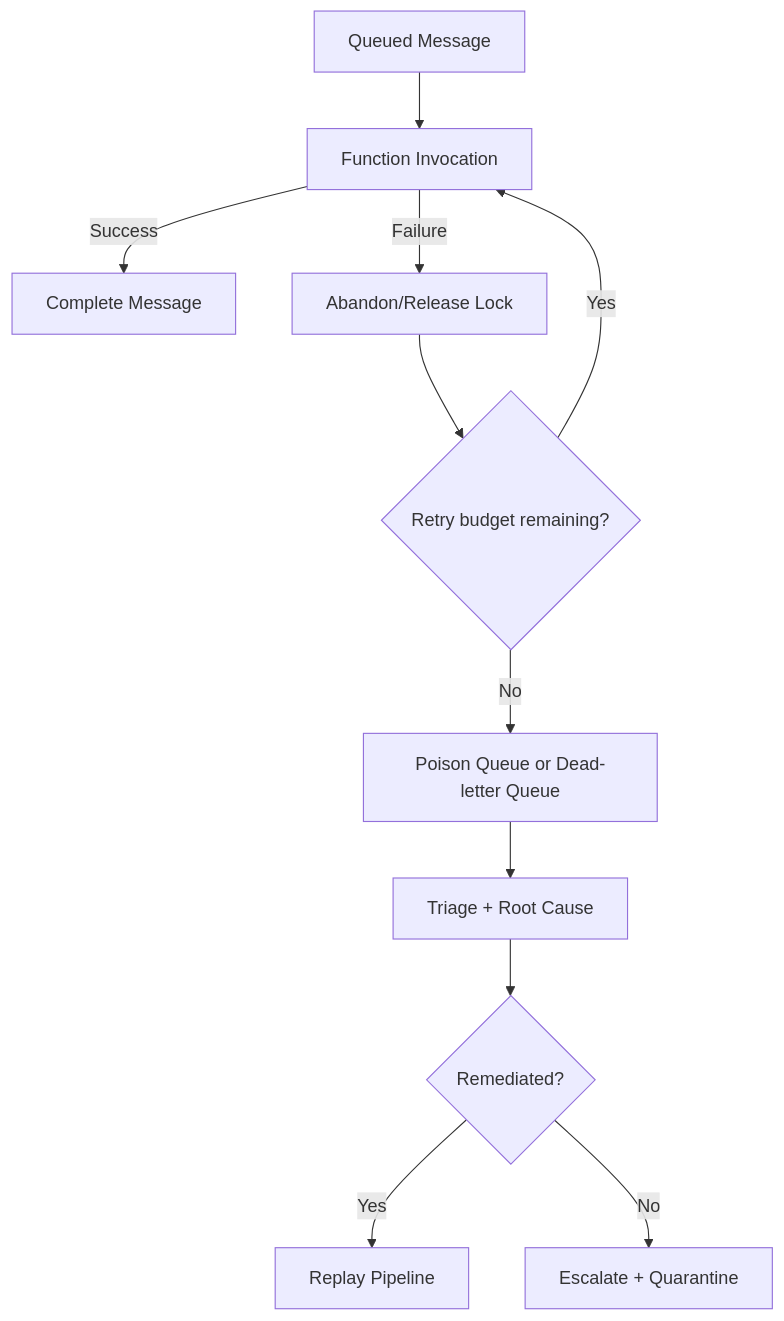
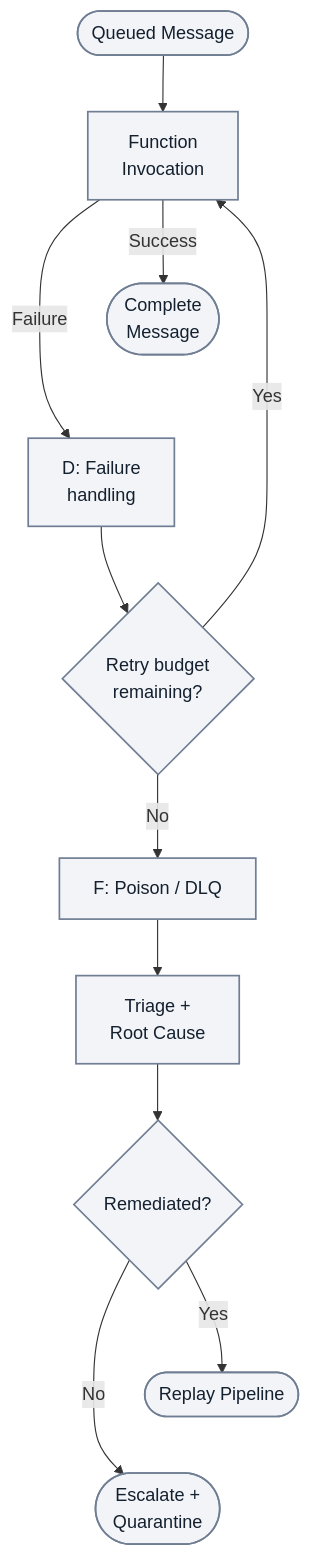
One commit to yeongseon/azure-functions-practical-guide changed the second of 4 diagrams in docs/platform/reliability.md. Above: the diagram before and after it, drawn with Mermaid. The commit also changed other lines of this file and 3 other files, not shown here.

First line of the commit message:
docs(diagrams): migrate Functions reliability and retries — reliability and retries and poison handling and related pages (#423)

````diff
--- a/docs/platform/reliability.md
+++ b/docs/platform/reliability.md
@@ -292,13 +291,20 @@
 ```mermaid
 flowchart TD
-    A[Queued Message] --> B[Function Invocation]
-    B -->|Success| C[Complete Message]
-    B -->|Failure| D["Abandon/Release Lock"]
-    D --> E{Retry budget remaining?}
+    accTitle: Queue retry budgets and recovery decisions
+    accDescr: Illustrative shared recovery logic for Storage Queue and Service Bus. Successful invocation completes the message; failure handling checks remaining attempts before poison or dead-letter triage. Remediation permits replay; otherwise escalate and quarantine. Failure mechanics differ by service.
+    A(["Queued Message"]) --> B["Function<br/>Invocation"]
+    B -->|Success| C(["Complete<br/>Message"])
+    B -->|Failure| D["D: Failure<br/>handling"]
+    D --> E{"Retry budget<br/>remaining?"}
     E -->|Yes| B
-    E -->|No| F[Poison Queue or Dead-letter Queue]
-    F --> G[Triage + Root Cause]
-    G --> H{Remediated?}
-    H -->|Yes| I[Replay Pipeline]
-    H -->|No| J[Escalate + Quarantine]
+    E -->|No| F["F: Poison / DLQ"]
+    F --> G["Triage +<br/>Root Cause"]
+    G --> H{"Remediated?"}
+    H -->|Yes| I(["Replay Pipeline"])
+    H -->|No| J(["Escalate +<br/>Quarantine"])
+    %% Layout-only tiers add no recovery steps or semantic arrows.
+    C ~~~ D
+    I ~~~ J
+    classDef neutral fill:#f2f4f8,stroke:#707e93,stroke-width:1.5px,color:#14202e;
+    class A,B,C,D,E,F,G,H,I,J neutral;
 ```
````
